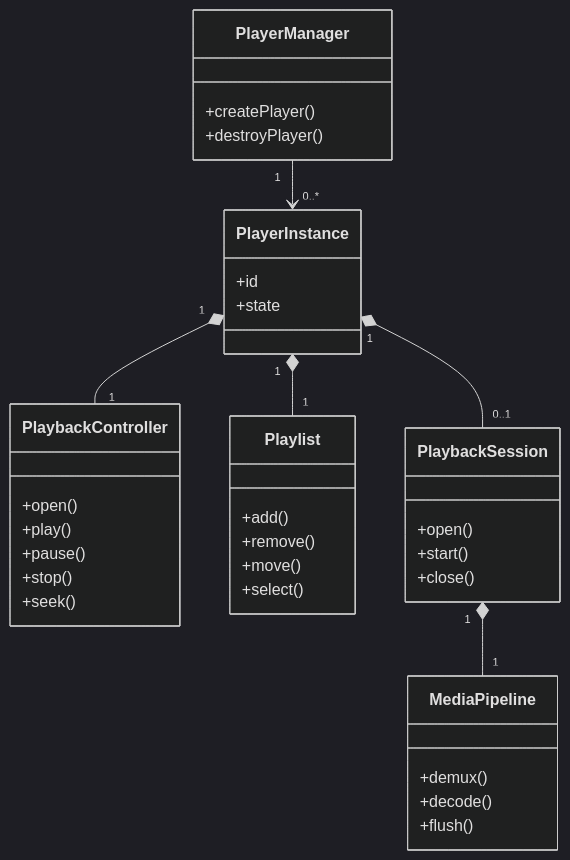
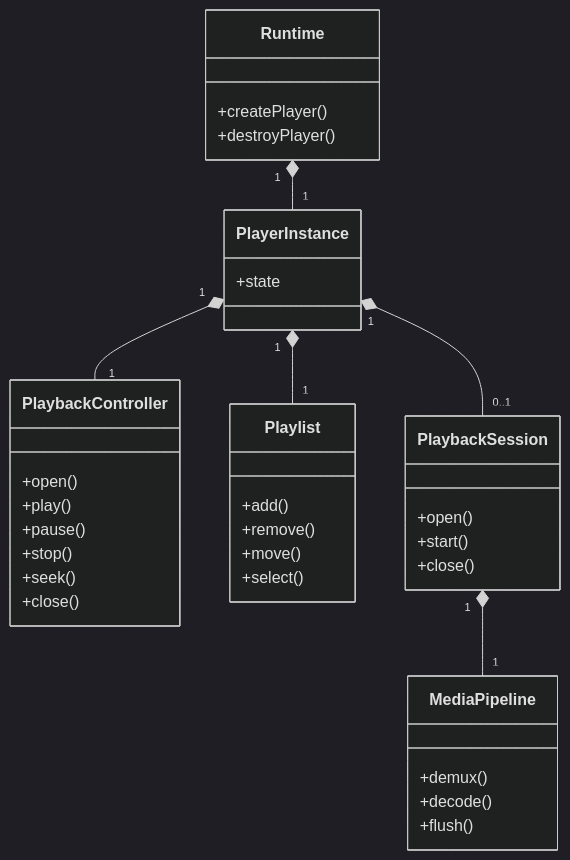
The second of 7 diagrams in docs/ARCHITECTURE.md (kerlfx/LNAudio), drawn with Mermaid (dark theme) before and after one commit. The commit also changed other lines of this file, not shown here.

Commit message:
docs: define single-player process and command semantics

```diff
--- a/docs/ARCHITECTURE.md
+++ b/docs/ARCHITECTURE.md
@@ -143,39 +142,39 @@
 ~~~mermaid
 classDiagram
-    class PlayerManager {
+    class Runtime {
         +createPlayer()
         +destroyPlayer()
     }
     class PlayerInstance {
-        +id
         +state
     }
     class PlaybackController {
         +open()
         +play()
         +pause()
         +stop()
         +seek()
+        +close()
     }
     class Playlist {
         +add()
         +remove()
         +move()
         +select()
     }
     class PlaybackSession {
         +open()
         +start()
         +close()
     }
     class MediaPipeline {
         +demux()
         +decode()
         +flush()
     }
-    PlayerManager "1" --> "0..*" PlayerInstance
+    Runtime "1" *-- "1" PlayerInstance
     PlayerInstance "1" *-- "1" PlaybackController
     PlayerInstance "1" *-- "1" Playlist
     PlayerInstance "1" *-- "0..1" PlaybackSession
     PlaybackSession "1" *-- "1" MediaPipeline
 ~~~
```
